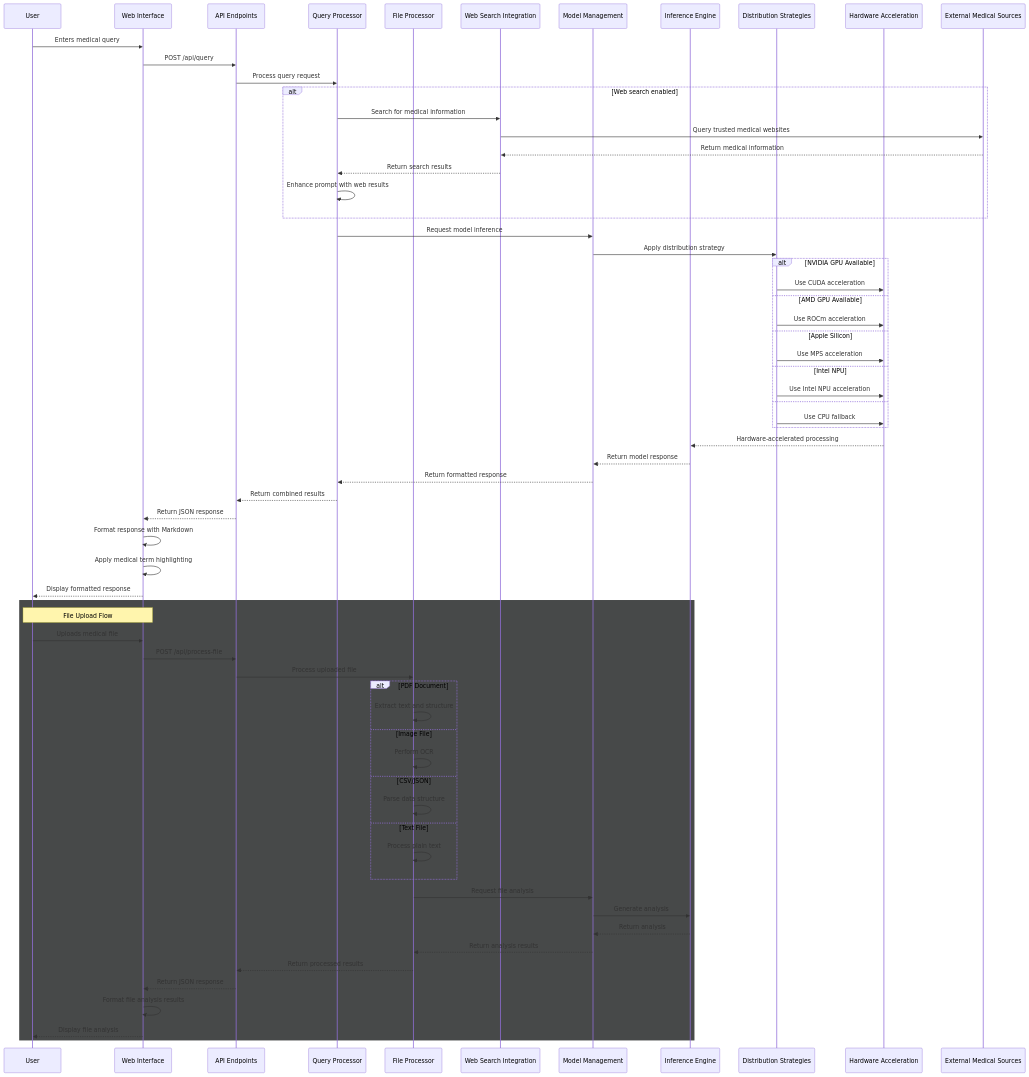
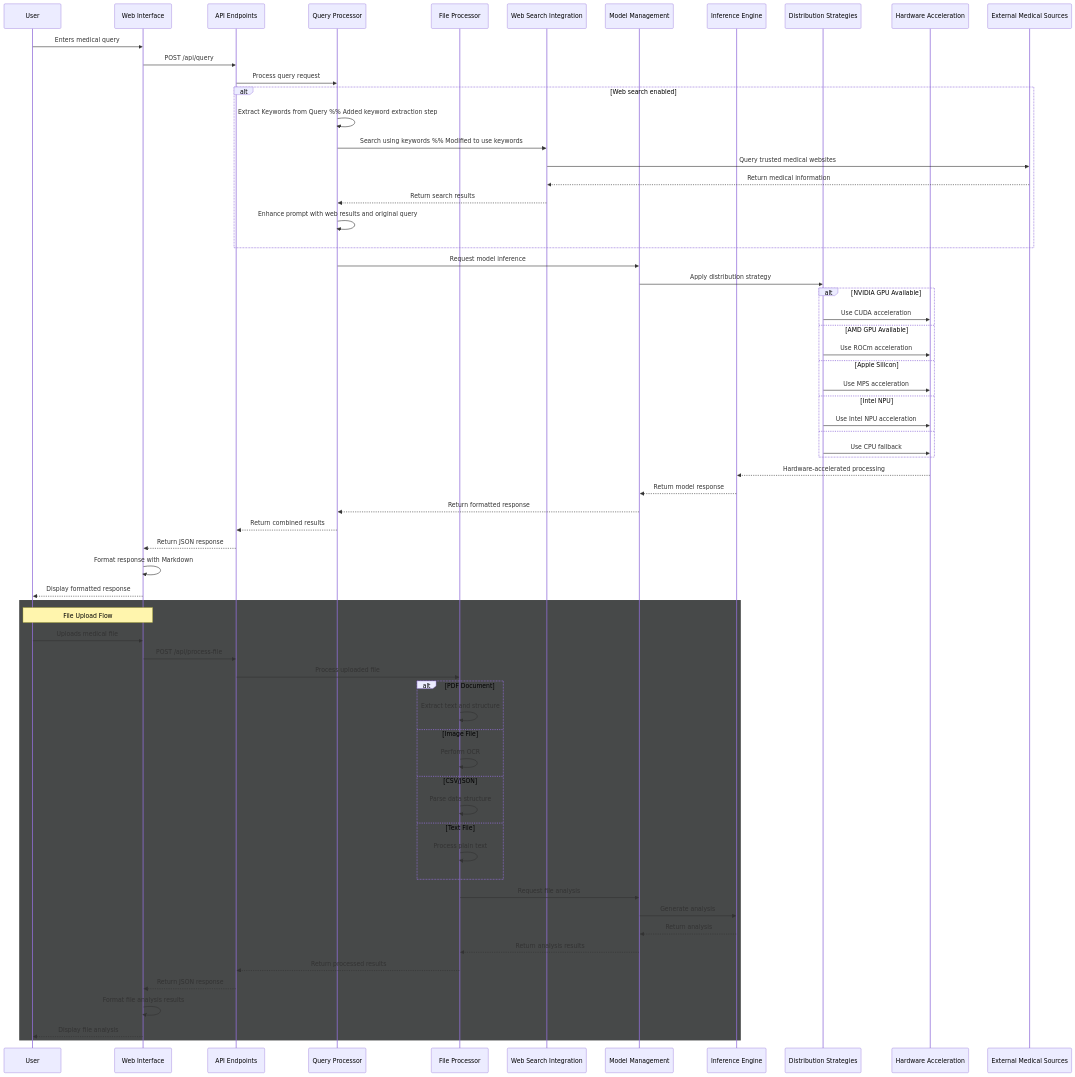
The second of 2 diagrams in README.md (aka-0x4C3DD/mastersDegree-finalProject), drawn with Mermaid before and after one commit. The commit also changed other lines of this file and 16 other files, not shown here.

First line of the commit message:
Refactor web scraper providers to use Selenium for dynamic content extraction

```diff
--- a/README.md
+++ b/README.md
@@ -234,11 +234,12 @@
     
     %% Web search if enabled
     alt Web search enabled
-        QueryProc->>WebSearch: Search for medical information
+        QueryProc->>QueryProc: Extract Keywords from Query %% Added keyword extraction step
+        QueryProc->>WebSearch: Search using keywords %% Modified to use keywords
         WebSearch->>ExtSrc: Query trusted medical websites
         ExtSrc-->>WebSearch: Return medical information
         WebSearch-->>QueryProc: Return search results
-        QueryProc->>QueryProc: Enhance prompt with web results
+        QueryProc->>QueryProc: Enhance prompt with web results and original query
     end
     
     %% Model processing
@@ -267,7 +268,8 @@
     QueryProc-->>APILayer: Return combined results
     APILayer-->>WebUI: Return JSON response
     WebUI->>WebUI: Format response with Markdown
-    WebUI->>WebUI: Apply medical term highlighting
+    %% Removed the specific highlighting step as it's now optional/potentially removed
+    %% WebUI->>WebUI: Apply medical term highlighting 
     WebUI-->>User: Display formatted response
 
     %% Alternative flow for file upload
```
